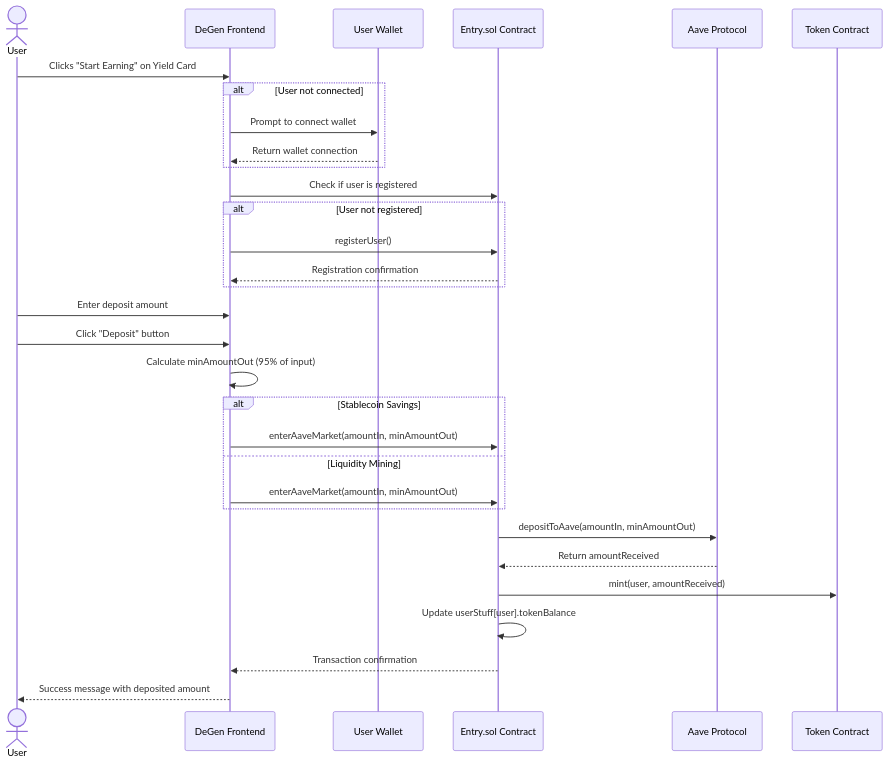
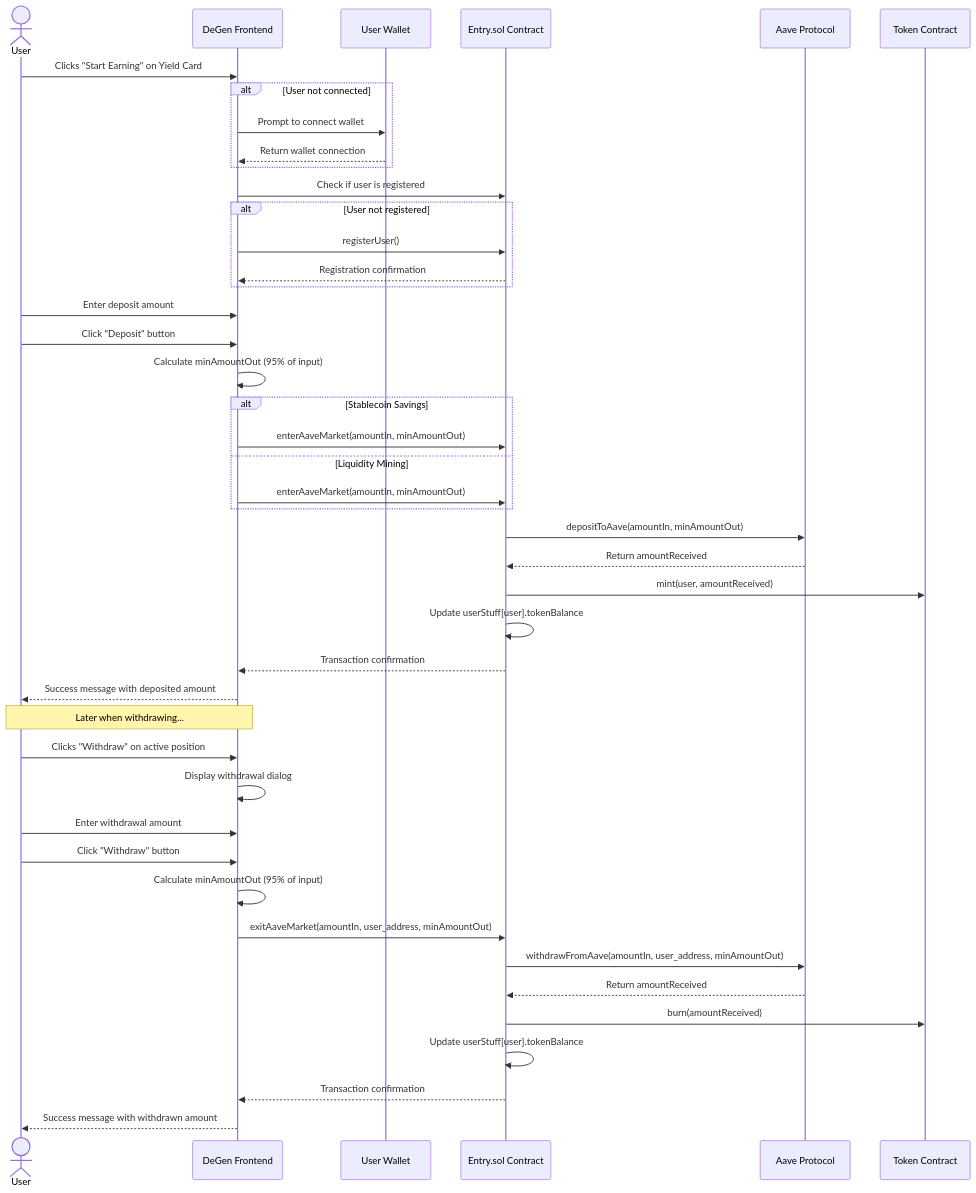
Before and after one commit to PatrickKish1/DeGen: the first of 2 diagrams in frontend/README-YIELD.md, drawn with Mermaid. The commit also changed other lines of this file, not shown here.

Commit message:
feat: document withdrawal process for yield farming in README

````diff
--- a/frontend/README-YIELD.md
+++ b/frontend/README-YIELD.md
@@ -21,38 +21,53 @@
 ```mermaid
 sequenceDiagram
     actor User
     participant Frontend as DeGen Frontend
     participant Wallet as User Wallet
     participant Entry as Entry.sol Contract
     participant Aave as Aave Protocol
     participant Token as Token Contract
 
     User->>Frontend: Clicks "Start Earning" on Yield Card
     alt User not connected
         Frontend->>Wallet: Prompt to connect wallet
         Wallet-->>Frontend: Return wallet connection
     end
     
     Frontend->>Entry: Check if user is registered
     alt User not registered
         Frontend->>Entry: registerUser()
         Entry-->>Frontend: Registration confirmation
     end
     
     User->>Frontend: Enter deposit amount
     User->>Frontend: Click "Deposit" button
     Frontend->>Frontend: Calculate minAmountOut (95% of input)
     
     alt Stablecoin Savings
         Frontend->>Entry: enterAaveMarket(amountIn, minAmountOut)
     else Liquidity Mining
         Frontend->>Entry: enterAaveMarket(amountIn, minAmountOut)
     end
 
     Entry->>Aave: depositToAave(amountIn, minAmountOut)
     Aave-->>Entry: Return amountReceived
     Entry->>Token: mint(user, amountReceived)
     Entry->>Entry: Update userStuff[user].tokenBalance
     Entry-->>Frontend: Transaction confirmation
     Frontend-->>User: Success message with deposited amount
+    
+    Note over User,Frontend: Later when withdrawing...
+    
+    User->>Frontend: Clicks "Withdraw" on active position
+    Frontend->>Frontend: Display withdrawal dialog
+    User->>Frontend: Enter withdrawal amount
+    User->>Frontend: Click "Withdraw" button
+    Frontend->>Frontend: Calculate minAmountOut (95% of input)
+    Frontend->>Entry: exitAaveMarket(amountIn, user_address, minAmountOut)
+    Entry->>Aave: withdrawFromAave(amountIn, user_address, minAmountOut)
+    Aave-->>Entry: Return amountReceived
+    Entry->>Token: burn(amountReceived)
+    Entry->>Entry: Update userStuff[user].tokenBalance
+    Entry-->>Frontend: Transaction confirmation
+    Frontend-->>User: Success message with withdrawn amount
 ```
````
